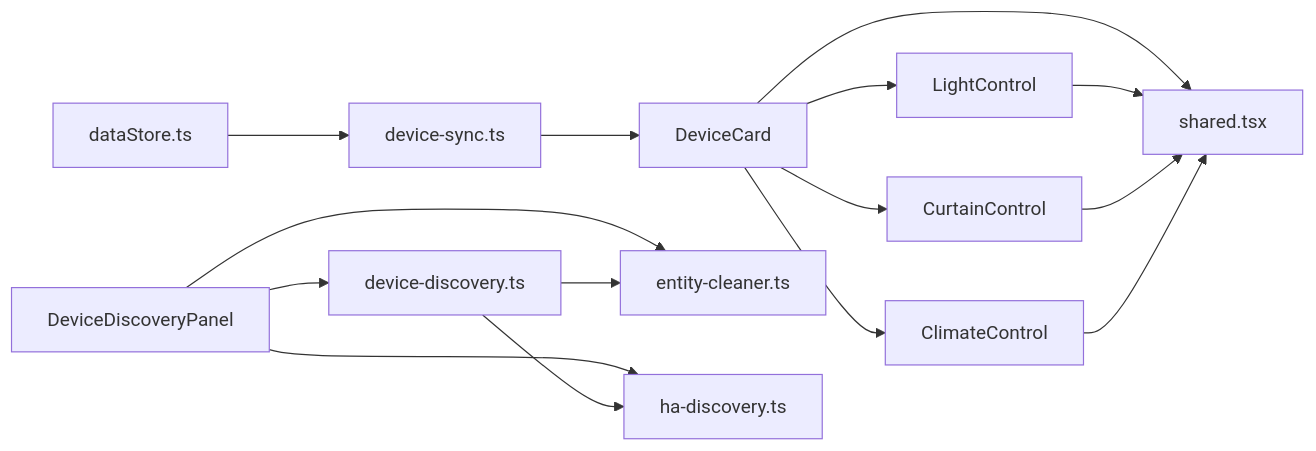
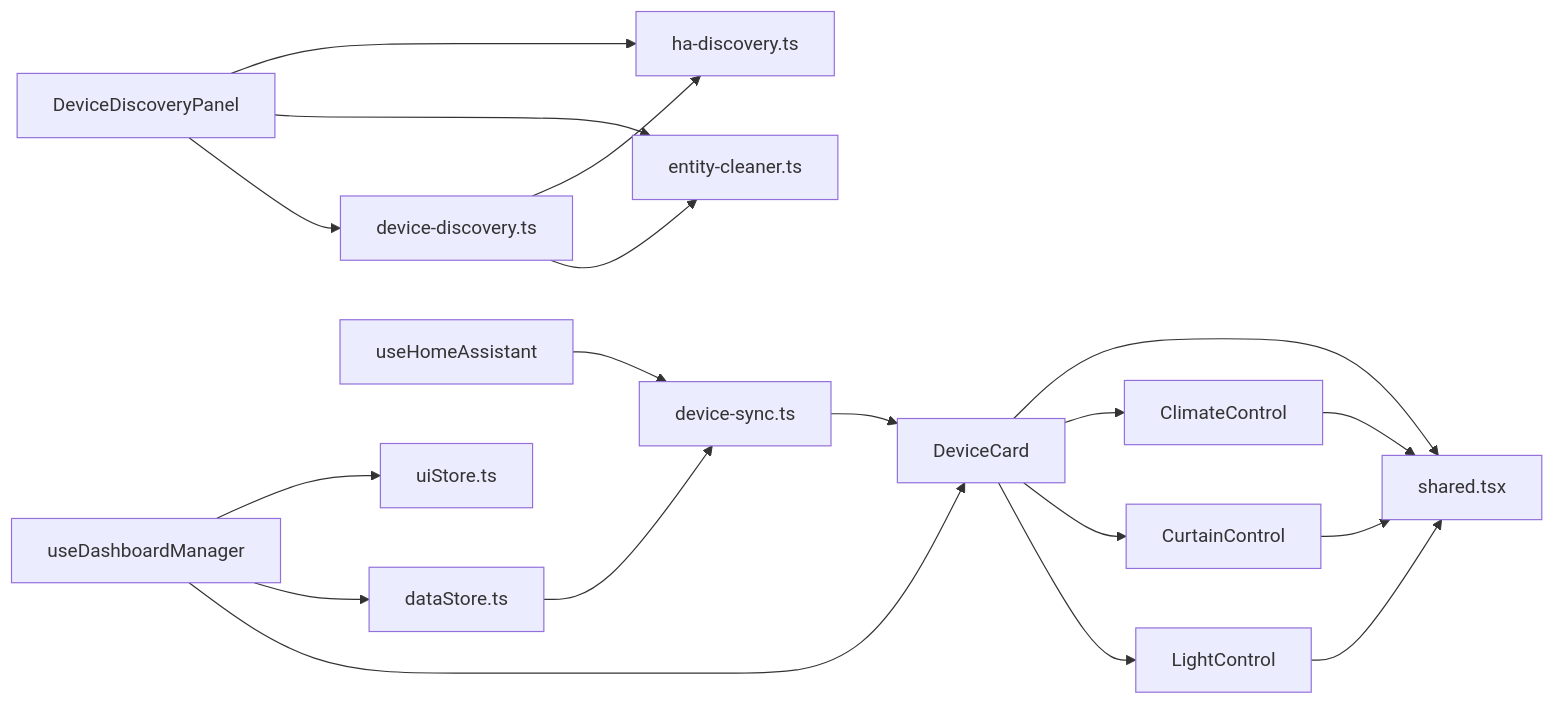
Diagram 11 of 11 in .qoder/repowiki/zh/content/设备控制模块/设备控制模块.md (skyeyinkun/HAUI), drawn with Mermaid before and after one commit. The commit also changed other lines of this file and 14 other files, not shown here.

````diff
--- a/.qoder/repowiki/zh/content/设备控制模块/设备控制模块.md
+++ b/.qoder/repowiki/zh/content/设备控制模块/设备控制模块.md
@@ -381,17 +455,21 @@
 ```mermaid
 graph LR
 DeviceCard["DeviceCard"] --> LightControl["LightControl"]
 DeviceCard --> CurtainControl["CurtainControl"]
 DeviceCard --> ClimateControl["ClimateControl"]
 DeviceCard --> Shared["shared.tsx"]
+useDashboardManager["useDashboardManager"] --> DeviceCard
+useDashboardManager --> dataStore["dataStore.ts"]
+useDashboardManager --> uiStore["uiStore.ts"]
 LightControl --> Shared
 CurtainControl --> Shared
 ClimateControl --> Shared
 DeviceDiscoveryPanel["DeviceDiscoveryPanel"] --> device_discovery["device-discovery.ts"]
 DeviceDiscoveryPanel --> entity_cleaner["entity-cleaner.ts"]
 DeviceDiscoveryPanel --> ha_discovery["ha-discovery.ts"]
 device_discovery --> entity_cleaner
 device_discovery --> ha_discovery
-dataStore["dataStore.ts"] --> device_sync["device-sync.ts"]
+dataStore --> device_sync["device-sync.ts"]
 device_sync --> DeviceCard
+useHomeAssistant["useHomeAssistant"] --> device_sync
 ```
````
